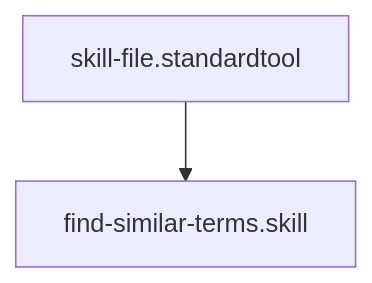
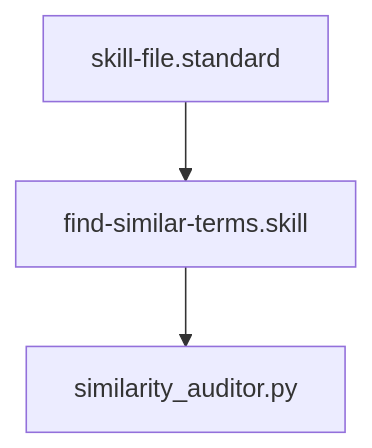
One commit to Gizmo4Life/ai-kernel changed the diagram in skills/find-similar-terms.skill.md. Above: the diagram before and after it, drawn with Mermaid. The commit also changed other lines of this file and 18 other files, not shown here.

````diff
--- a/skills/find-similar-terms.skill.md
+++ b/skills/find-similar-terms.skill.md
@@ -27,4 +23,5 @@
 ```mermaid
 graph TD
-    skill-file.standardtool --> find-similar-terms.skill
+    skill-file.standard --> find-similar-terms.skill
+    find-similar-terms.skill --> similarity_auditor[similarity_auditor.py]
 ```
````
